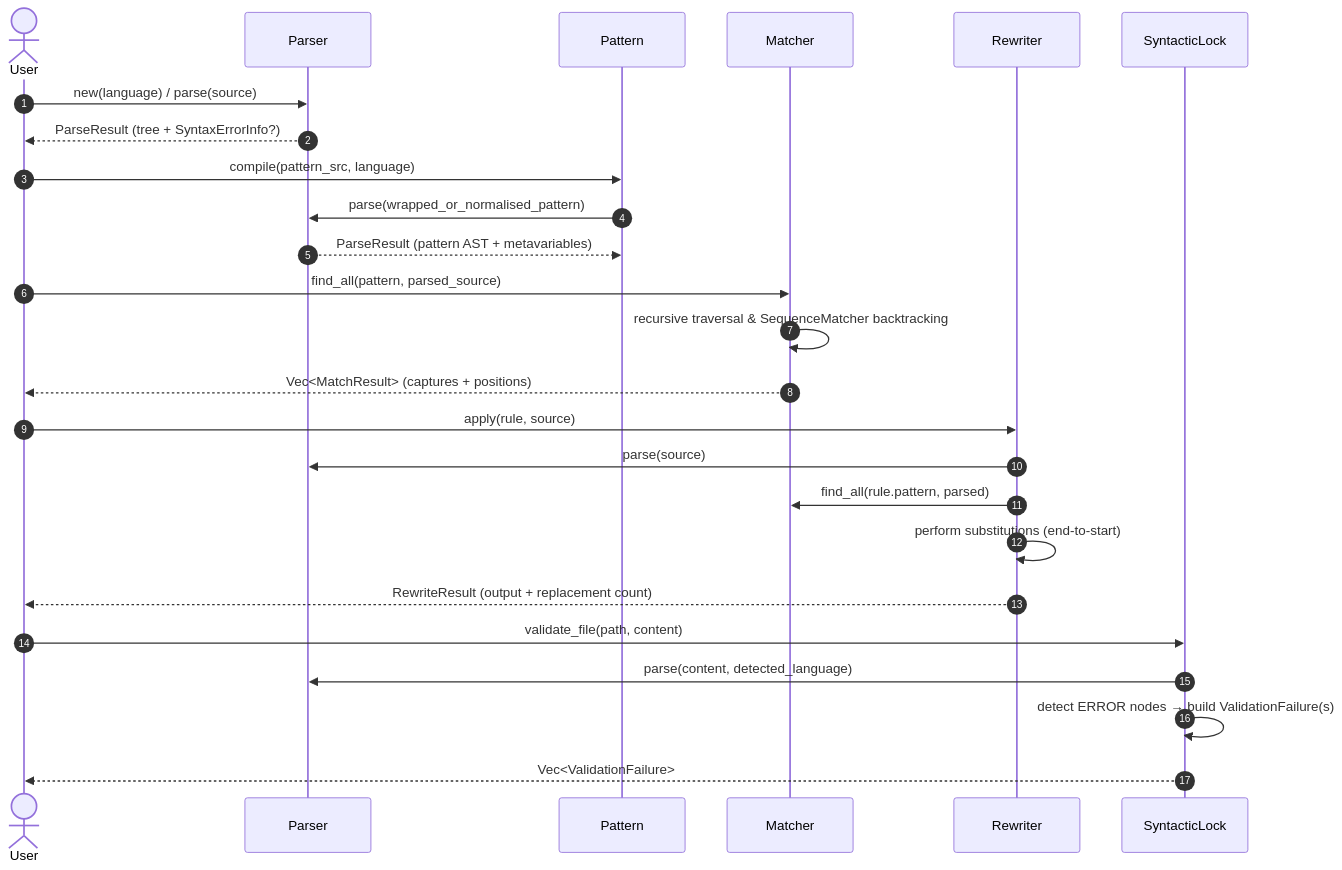
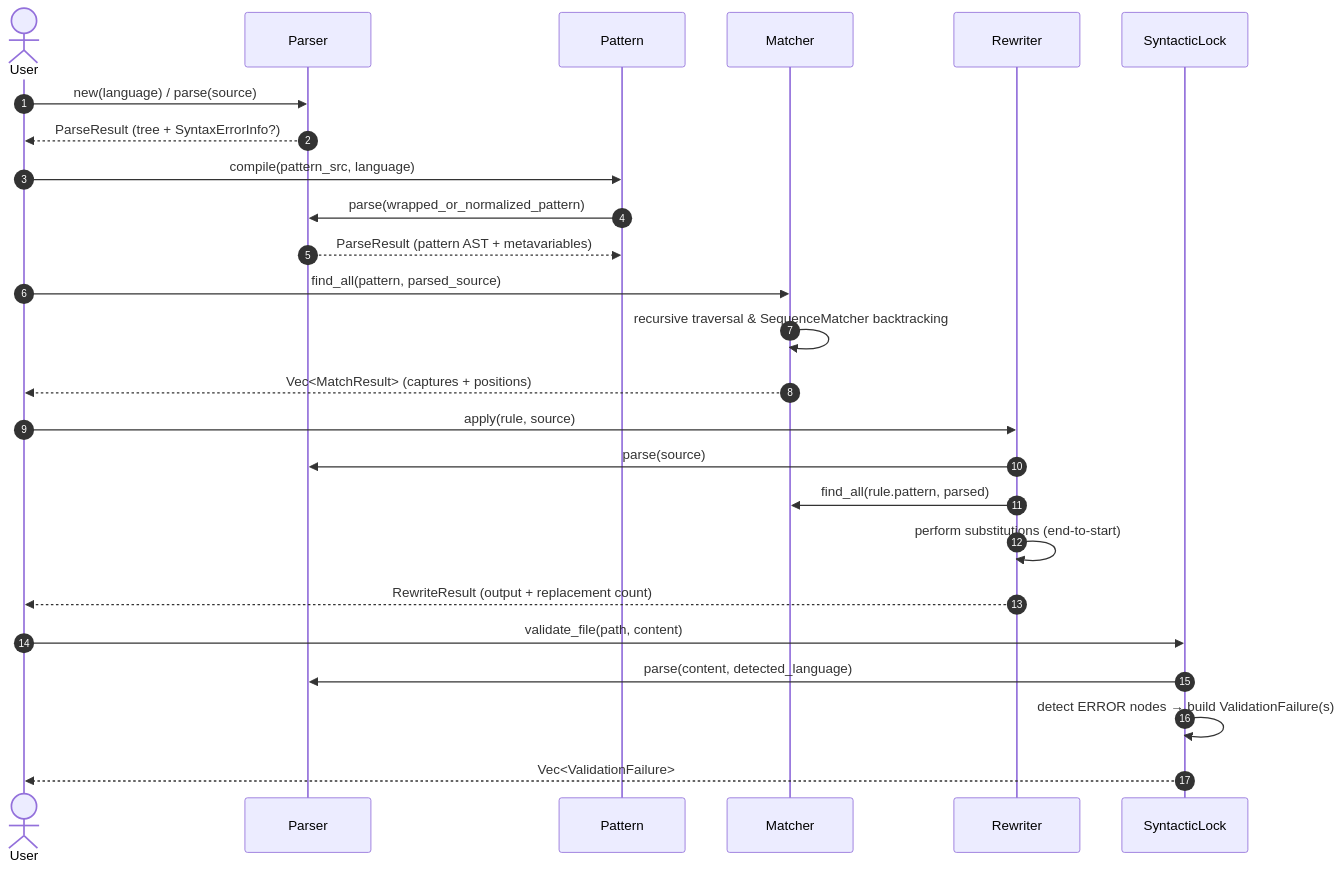
Before and after one commit to leynos/weaver: the fourth of 11 diagrams in docs/weaver-design.md, drawn with Mermaid. The commit also changed other lines of this file and 46 other files, not shown here.

````diff
--- a/docs/weaver-design.md
+++ b/docs/weaver-design.md
@@ -765,32 +774,32 @@
 ```mermaid
 sequenceDiagram
     autonumber
     actor User
     participant Parser
     participant Pattern
     participant Matcher
     participant Rewriter
     participant Lock as SyntacticLock
 
     User->>Parser: new(language) / parse(source)
     Parser-->>User: ParseResult (tree + SyntaxErrorInfo?)
 
     User->>Pattern: compile(pattern_src, language)
-    Pattern->>Parser: parse(wrapped_or_normalised_pattern)
+    Pattern->>Parser: parse(wrapped_or_normalized_pattern)
     Parser-->>Pattern: ParseResult (pattern AST + metavariables)
 
     User->>Matcher: find_all(pattern, parsed_source)
     Matcher->>Matcher: recursive traversal & SequenceMatcher backtracking
     Matcher-->>User: Vec<MatchResult> (captures + positions)
 
     User->>Rewriter: apply(rule, source)
     Rewriter->>Parser: parse(source)
     Rewriter->>Matcher: find_all(rule.pattern, parsed)
     Rewriter->>Rewriter: perform substitutions (end‑to‑start)
     Rewriter-->>User: RewriteResult (output + replacement count)
 
     User->>Lock: validate_file(path, content)
     Lock->>Parser: parse(content, detected_language)
     Lock->>Lock: detect ERROR nodes → build ValidationFailure(s)
     Lock-->>User: Vec<ValidationFailure>
 ```
````
